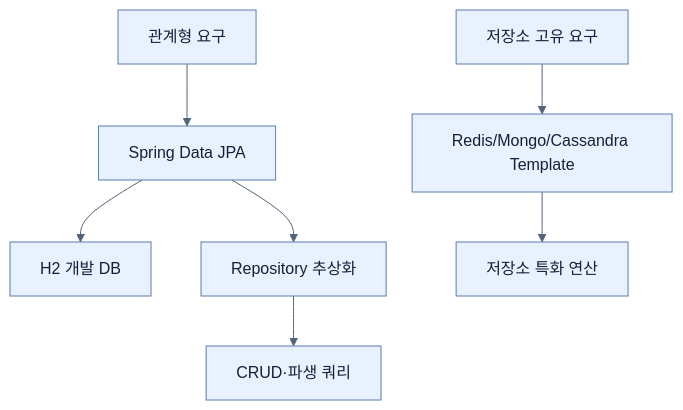
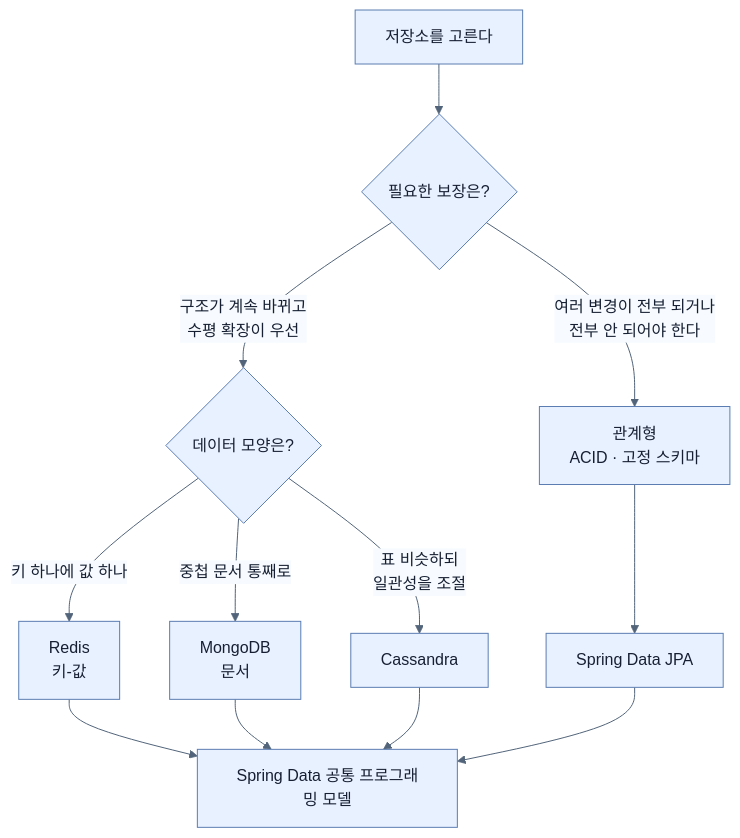
The diagram in spring-boot-4-pdf-notes/part-2-creating-an-application-with-spring-boot/chapter-3-querying-for-data-with-spring-boot/01-adding-spring-data-to-an-existing-application.md (sing-u8/Learning_Spring_Boot_4), drawn with Mermaid before and after one commit. The commit also changed other lines of this file and 253 other files, not shown here.

````diff
--- a/spring-boot-4-pdf-notes/part-2-creating-an-application-with-spring-boot/chapter-3-querying-for-data-with-spring-boot/01-adding-spring-data-to-an-existing-application.md
+++ b/spring-boot-4-pdf-notes/part-2-creating-an-application-with-spring-boot/chapter-3-querying-for-data-with-spring-boot/01-adding-spring-data-to-an-existing-application.md
@@ -31,10 +121,15 @@
 ```mermaid
 %%{init: {'theme': 'base', 'themeVariables': {'background': '#ffffff', 'primaryColor': '#e8f1ff', 'primaryTextColor': '#172033', 'primaryBorderColor': '#5b7db1', 'lineColor': '#52647a', 'secondaryColor': '#f7fbff', 'tertiaryColor': '#fff7df'}}}%%
 flowchart TD
-    R[관계형 요구] --> J[Spring Data JPA]
-    N[저장소 고유 요구] --> T[Redis/Mongo/Cassandra Template]
-    J --> H[H2 개발 DB]
-    J --> P[Repository 추상화]
-    P --> C[CRUD·파생 쿼리]
-    T --> S[저장소 특화 연산]
+    Q["저장소를 고른다"] --> A{"필요한 보장은?"}
+    A -- "여러 변경이 전부 되거나<br/>전부 안 되어야 한다" --> R["관계형<br/>ACID · 고정 스키마"]
+    A -- "구조가 계속 바뀌고<br/>수평 확장이 우선" --> N{"데이터 모양은?"}
+    N -- "키 하나에 값 하나" --> K["Redis<br/>키-값"]
+    N -- "중첩 문서 통째로" --> D["MongoDB<br/>문서"]
+    N -- "표 비슷하되<br/>일관성을 조절" --> C["Cassandra"]
+    R --> S["Spring Data JPA"]
+    K --> SD["Spring Data 공통 프로그래밍 모델"]
+    D --> SD
+    C --> SD
+    S --> SD
 ```
````
